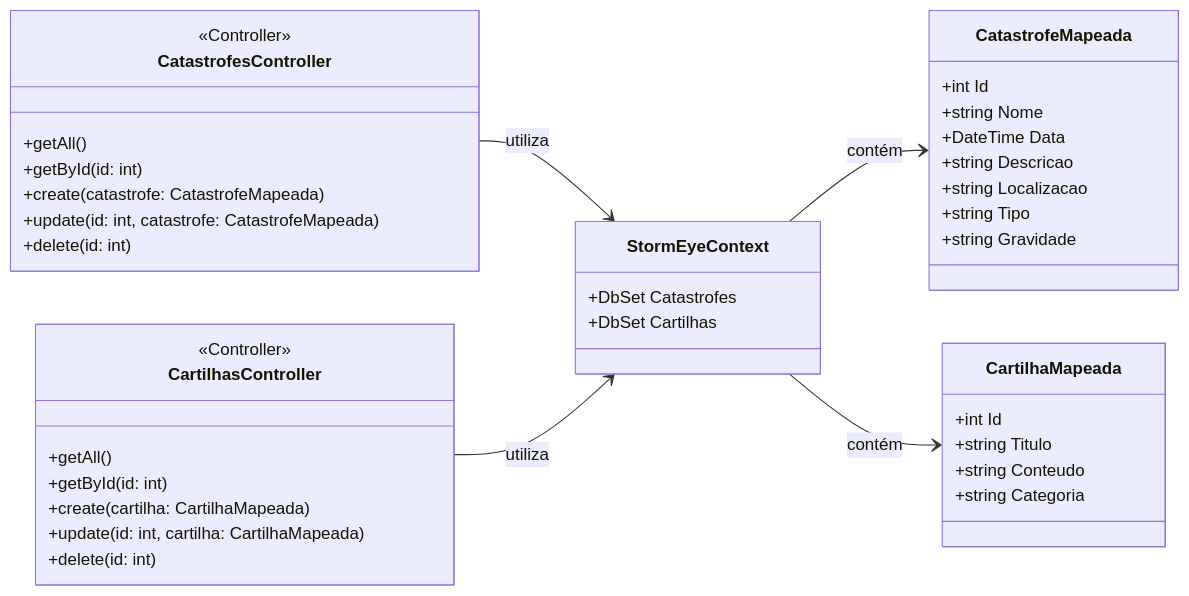
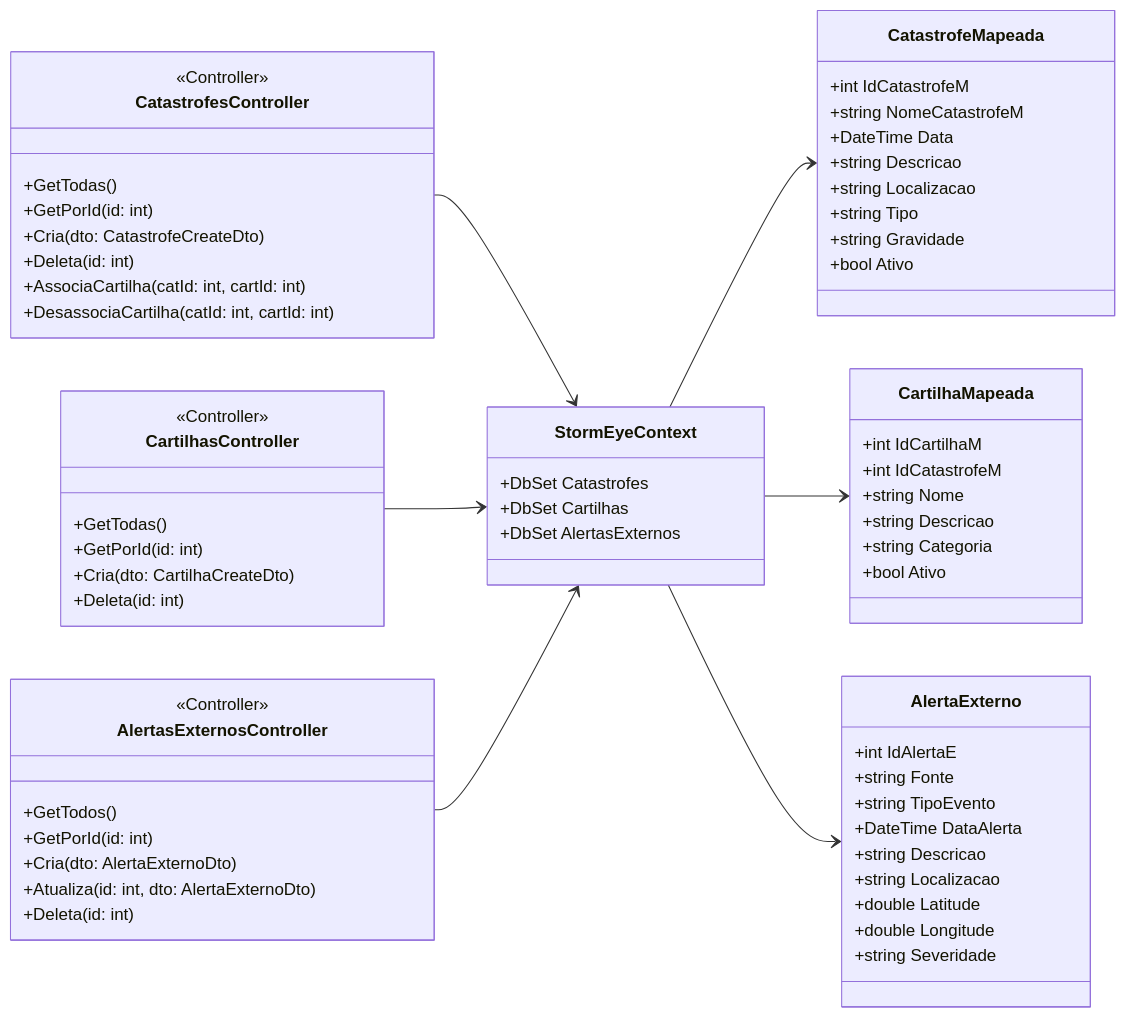
Before and after one commit to AdonayRocha/StormEye: the diagram in README.md, drawn with Mermaid. The commit also changed other lines of this file, not shown here.

````diff
--- a/README.md
+++ b/README.md
@@ -98,49 +88,76 @@
 ```mermaid
 classDiagram
 direction LR
     class CatastrofeMapeada {
-        +int Id
-        +string Nome
+        +int IdCatastrofeM
+        +string NomeCatastrofeM
         +DateTime Data
         +string Descricao
         +string Localizacao
         +string Tipo
         +string Gravidade
+        +bool Ativo
     }
 
     class CartilhaMapeada {
-        +int Id
-        +string Titulo
-        +string Conteudo
+        +int IdCartilhaM
+        +int IdCatastrofeM
+        +string Nome
+        +string Descricao
         +string Categoria
+        +bool Ativo
+    }
+
+    class AlertaExterno {
+        +int IdAlertaE
+        +string Fonte
+        +string TipoEvento
+        +DateTime DataAlerta
+        +string Descricao
+        +string Localizacao
+        +double Latitude
+        +double Longitude
+        +string Severidade
     }
 
     class StormEyeContext {
         +DbSet<CatastrofeMapeada> Catastrofes
         +DbSet<CartilhaMapeada> Cartilhas
+        +DbSet<AlertaExterno> AlertasExternos
     }
 
     class CatastrofesController {
         <<Controller>>
-        +getAll()
-        +getById(id: int)
-        +create(catastrofe: CatastrofeMapeada)
-        +update(id: int, catastrofe: CatastrofeMapeada)
-        +delete(id: int)
+        +GetTodas()
+        +GetPorId(id: int)
+        +Cria(dto: CatastrofeCreateDto)
+        +Deleta(id: int)
+        +AssociaCartilha(catId: int, cartId: int)
+        +DesassociaCartilha(catId: int, cartId: int)
     }
 
     class CartilhasController {
         <<Controller>>
-        +getAll()
-        +getById(id: int)
-        +create(cartilha: CartilhaMapeada)
-        +update(id: int, cartilha: CartilhaMapeada)
-        +delete(id: int)
+        +GetTodas()
+        +GetPorId(id: int)
+        +Cria(dto: CartilhaCreateDto)
+        +Deleta(id: int)
     }
 
-    StormEyeContext --> CatastrofeMapeada : contém
-    StormEyeContext --> CartilhaMapeada : contém
+    class AlertasExternosController {
+        <<Controller>>
+        +GetTodos()
+        +GetPorId(id: int)
+        +Cria(dto: AlertaExternoDto)
+        +Atualiza(id: int, dto: AlertaExternoDto)
+        +Deleta(id: int)
+    }
 
-    CatastrofesController --> StormEyeContext : utiliza
-    CartilhasController --> StormEyeContext : utiliza
+    StormEyeContext --> CatastrofeMapeada
+    StormEyeContext --> CartilhaMapeada
+    StormEyeContext --> AlertaExterno
+
+    CatastrofesController --> StormEyeContext
+    CartilhasController --> StormEyeContext
+    AlertasExternosController --> StormEyeContext
 ```
````
